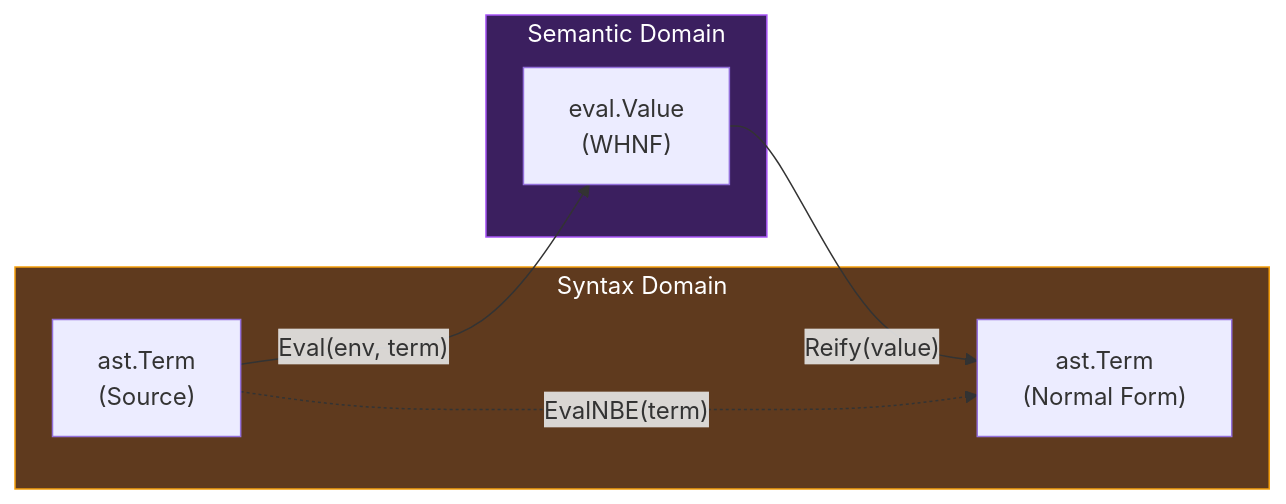
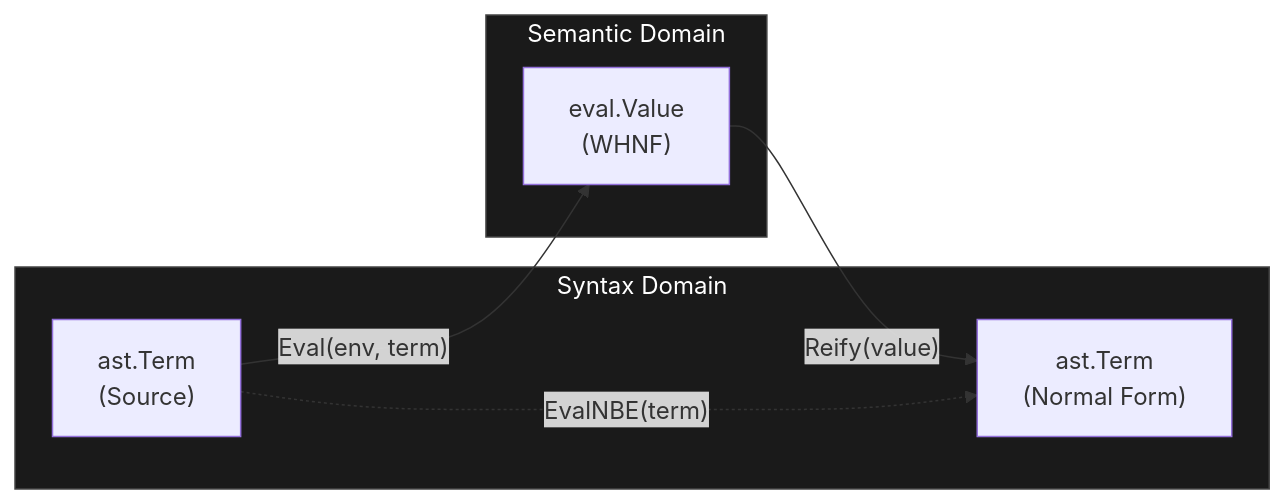
The eighth of 23 diagrams in DIAGRAMS.md (watchthelight/HypergraphGo), drawn with Mermaid before and after one commit. The commit also changed other lines of this file, not shown here.

First line of the commit message:
docs(diagrams): use uniform dark color scheme

````diff
--- a/DIAGRAMS.md
+++ b/DIAGRAMS.md
@@ -857,19 +857,19 @@
 ```mermaid
 flowchart LR
     subgraph Syntax["Syntax Domain"]
         Term["ast.Term<br/>(Source)"]
         NormalForm["ast.Term<br/>(Normal Form)"]
     end
 
     subgraph Semantics["Semantic Domain"]
         Value["eval.Value<br/>(WHNF)"]
     end
 
     Term -->|"Eval(env, term)"| Value
     Value -->|"Reify(value)"| NormalForm
 
     Term -.->|"EvalNBE(term)"| NormalForm
 
-    style Syntax fill:#5f3a1e,stroke:#f59e0b,color:#fff
-    style Semantics fill:#3b1f5f,stroke:#a855f7,color:#fff
+    style Syntax fill:#1a1a1a,stroke:#444,color:#fff
+    style Semantics fill:#1a1a1a,stroke:#444,color:#fff
 ```
````
